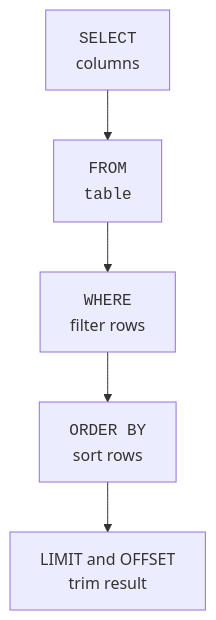
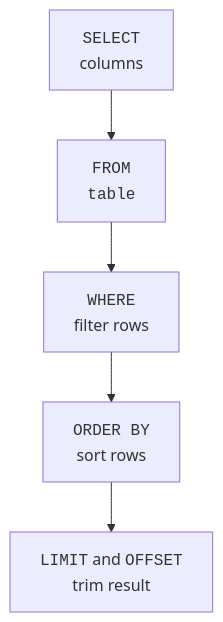
Before and after one commit to dataslope/dataslope: the fourth of 4 diagrams in content/courses/sqlite-for-beginners/sorting-and-limiting.mdx, drawn with Mermaid. The commit also changed other lines of this file and 283 other files, not shown here.

First line of the commit message:
Diagrams as elements, not characters: fix the box model, sweep the corpus, and make syntax breakdowns a convention (#652)

````diff
--- a/content/courses/sqlite-for-beginners/sorting-and-limiting.mdx
+++ b/content/courses/sqlite-for-beginners/sorting-and-limiting.mdx
@@ -374,7 +390,7 @@
 ```mermaid
 flowchart TD
     A["<code>SELECT</code><br/>columns"] --> B["<code>FROM<br/>table</code>"]
     B --> C["<code>WHERE</code><br/>filter rows"]
     C --> D["<code>ORDER BY</code><br/>sort rows"]
-    D --> E["LIMIT and OFFSET<br/>trim result"]
+    D --> E["<code>LIMIT</code> and <code>OFFSET</code><br/>trim result"]
 ```
````
